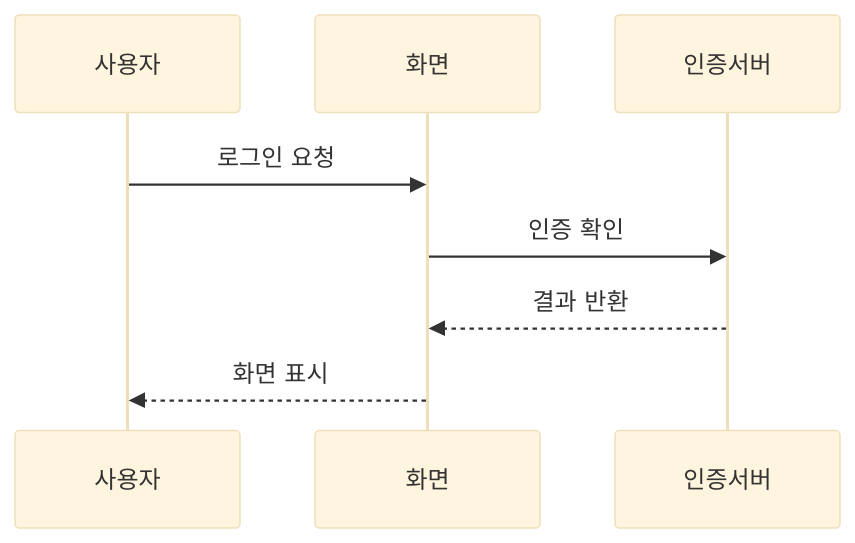
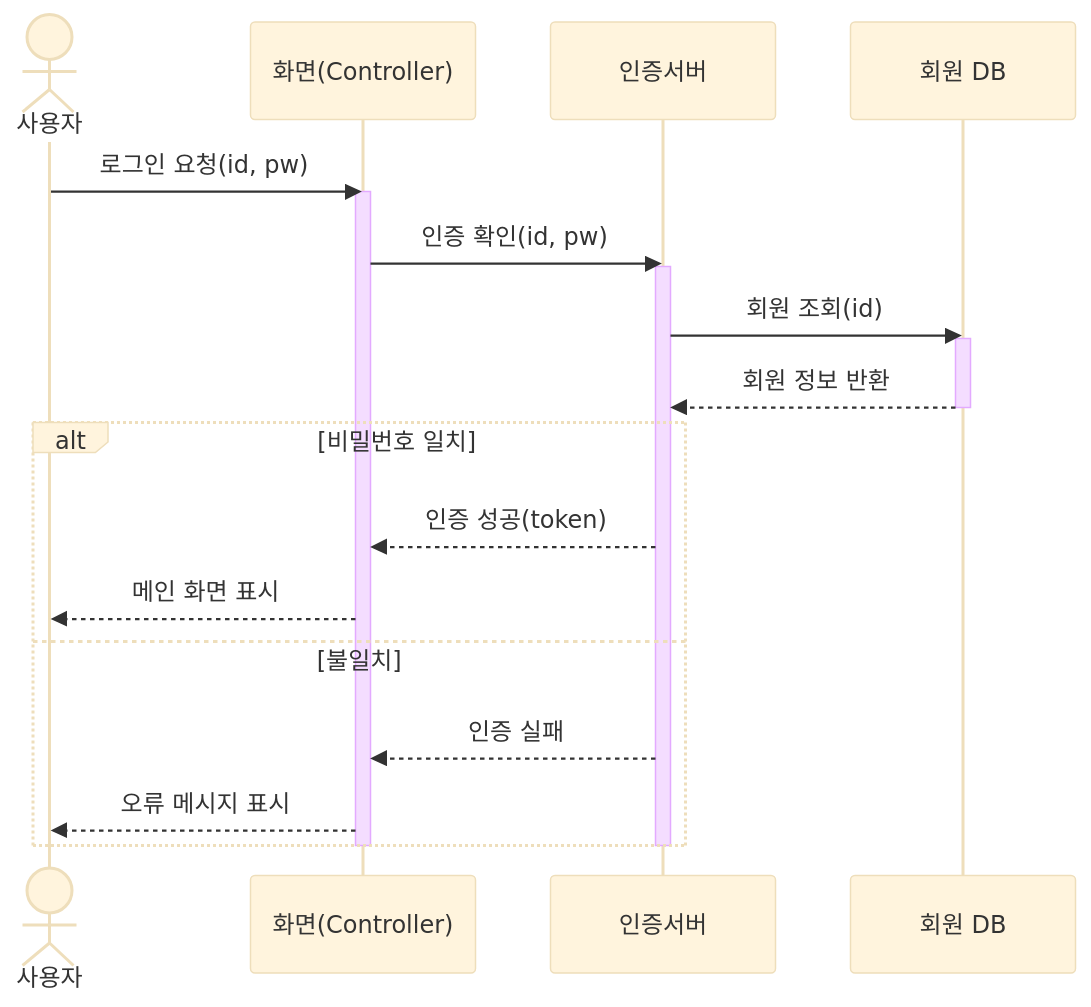
The second of 2 diagrams in content/uml-sequence.md (coninggu/wjdqhrhksflrltnftk), drawn with Mermaid (base theme) before and after one commit. The commit also changed other lines of this file and 3 other files, not shown here.

Commit message:
Deepen 공공 SW 사업 계획단계 검토와 과업변경 적정성, UML 순차 다이어그램(Sequence Diagram) (auto)

````diff
--- a/content/uml-sequence.md
+++ b/content/uml-sequence.md
@@ -15,10 +41,24 @@
 ```mermaid
 sequenceDiagram
-  participant U as 사용자
-  participant S as 화면
+  actor U as 사용자
+  participant S as 화면(Controller)
   participant A as 인증서버
-  U->>S: 로그인 요청
-  S->>A: 인증 확인
-  A-->>S: 결과 반환
-  S-->>U: 화면 표시
+  participant DB as 회원 DB
+  U->>S: 로그인 요청(id, pw)
+  activate S
+  S->>A: 인증 확인(id, pw)
+  activate A
+  A->>DB: 회원 조회(id)
+  activate DB
+  DB-->>A: 회원 정보 반환
+  deactivate DB
+  alt 비밀번호 일치
+    A-->>S: 인증 성공(token)
+    S-->>U: 메인 화면 표시
+  else 불일치
+    A-->>S: 인증 실패
+    S-->>U: 오류 메시지 표시
+  end
+  deactivate A
+  deactivate S
 ```
````
